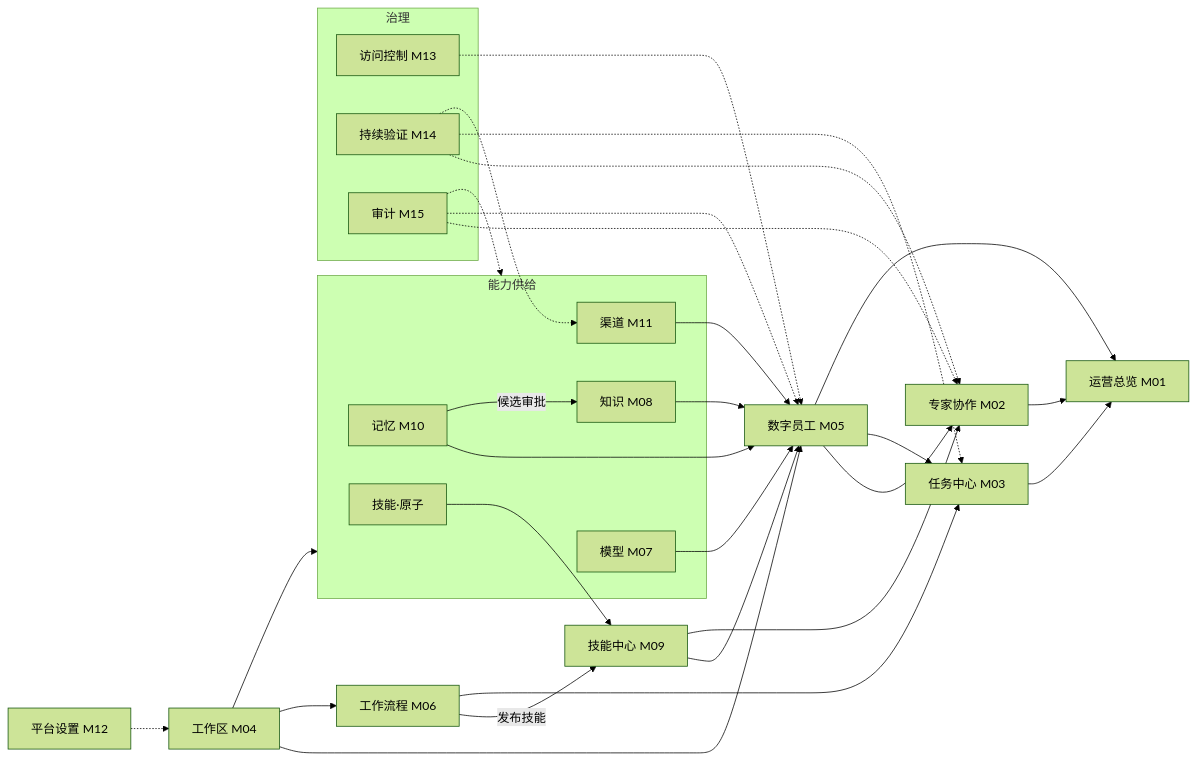
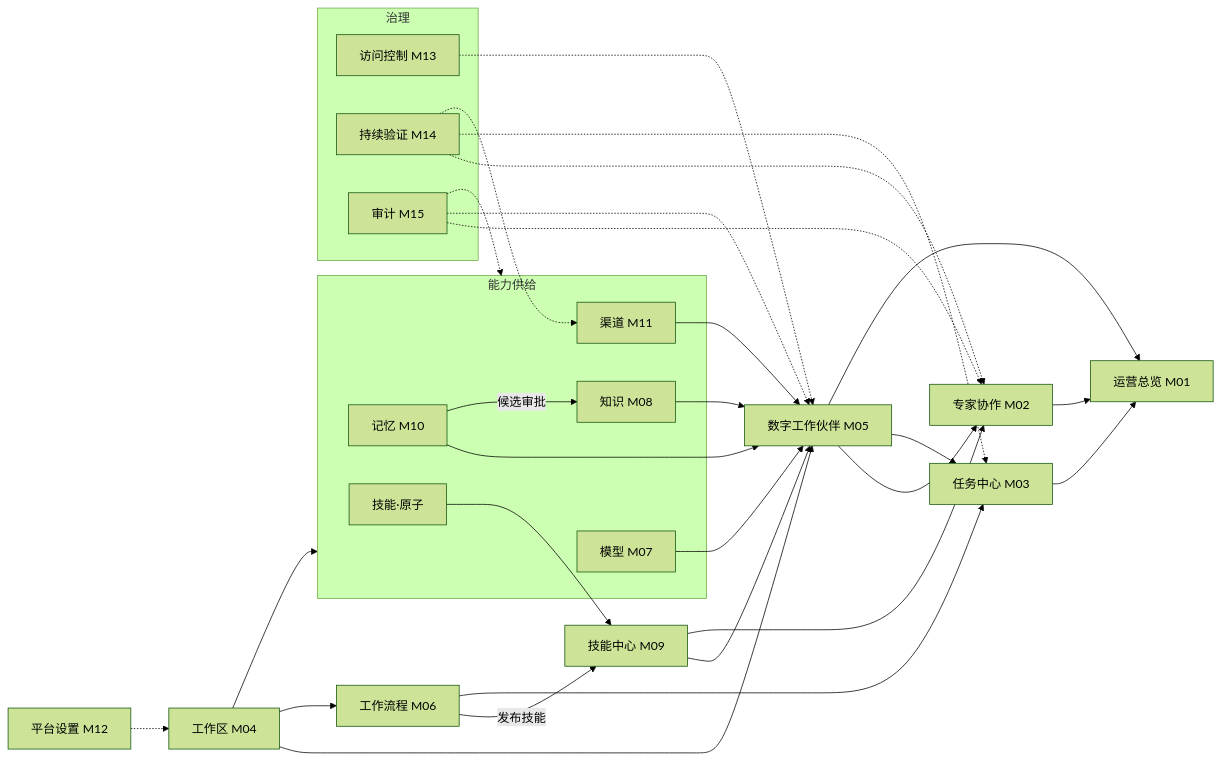
One commit to Lianjifu/digital-employee-platform changed the third of 3 diagrams in docs/后端架构规划.md. Above: the diagram before and after it, drawn with Mermaid (forest theme). The commit also changed other lines of this file and 67 other files, not shown here.

````diff
--- a/docs/后端架构规划.md
+++ b/docs/后端架构规划.md
@@ -560,36 +560,36 @@
 ```mermaid
 flowchart LR
   WS["工作区 M04"]
   SET["平台设置 M12"]
   subgraph supply["能力供给"]
     MOD["模型 M07"]
     KNOW["知识 M08"]
     MEM["记忆 M10"]
     CH["渠道 M11"]
     SK_ATOM["技能·原子"]
   end
   WF["工作流程 M06"]
   SK["技能中心 M09"]
-  DE["数字员工 M05"]
+  DE["数字工作伙伴 M05"]
   COP["专家协作 M02"]
   TASK["任务中心 M03"]
   OPS["运营总览 M01"]
   subgraph gov["治理"]
     AC["访问控制 M13"]
     ZT["持续验证 M14"]
     AUD["审计 M15"]
   end
   WS --> DE & supply & WF
   SET -.-> WS
   MOD & KNOW & MEM & CH --> DE
   SK_ATOM --> SK
   WF -->|发布技能| SK --> DE
   DE --> COP & TASK
   SK --> COP
   WF --> TASK
   COP & TASK & DE --> OPS
   AC -.-> DE
   ZT -.-> COP & TASK & CH
   AUD -.-> COP & DE & supply
   MEM -->|候选审批| KNOW
 ```
````
